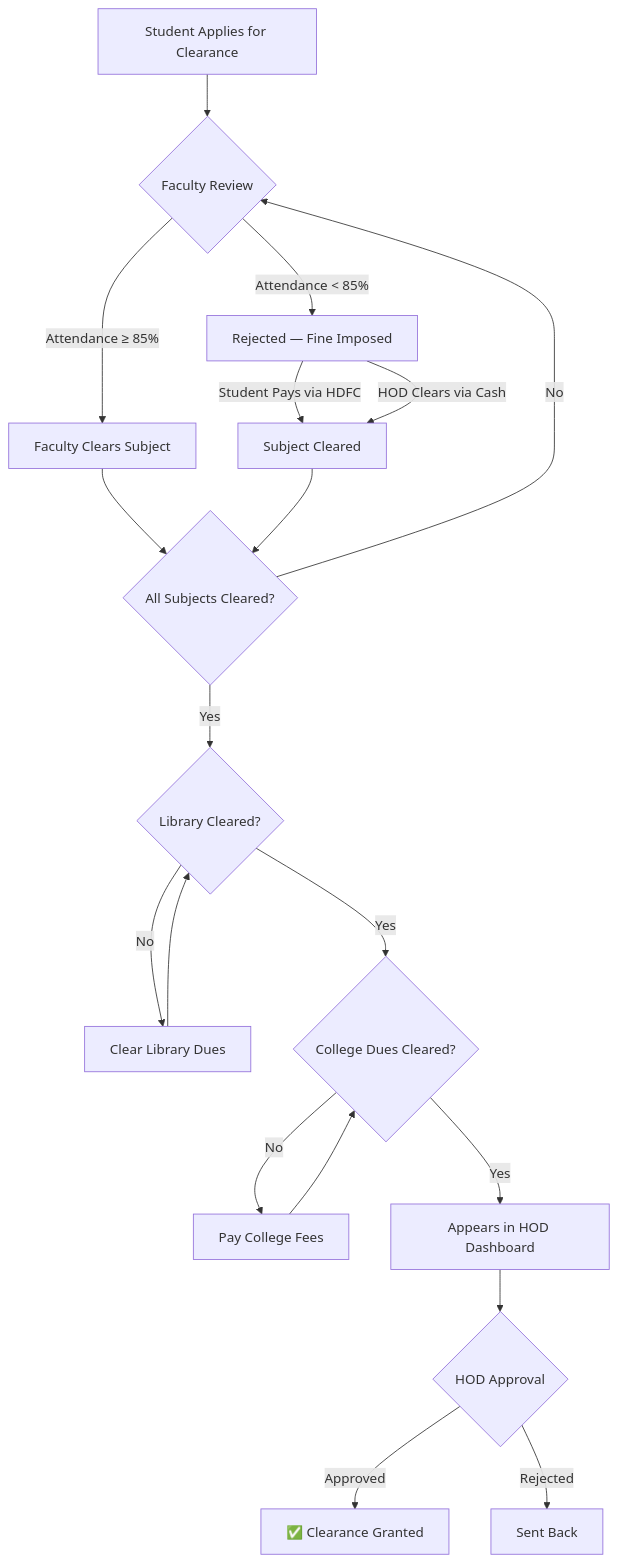
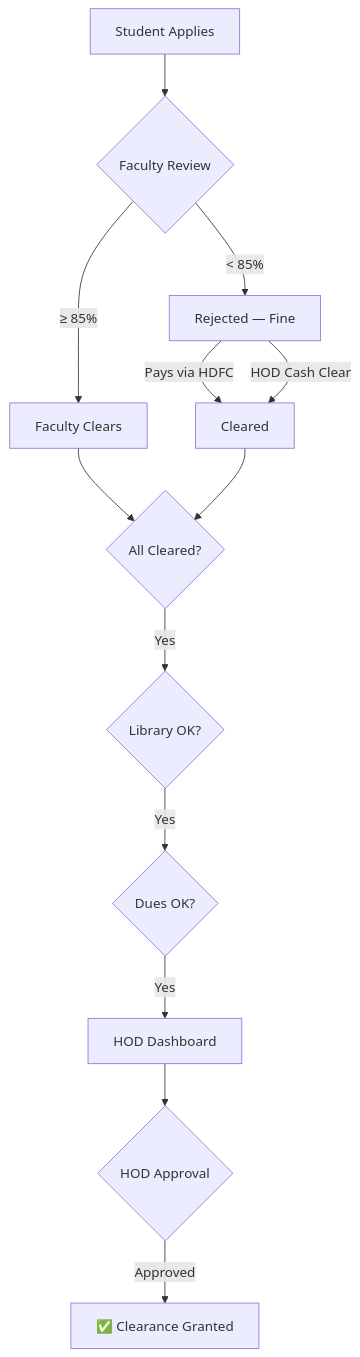
One commit to visheshdevanur/NOC-Portal changed the first of 2 diagrams in README.md. Above: the diagram before and after it, drawn with Mermaid. The commit also changed other lines of this file and 2 other files, not shown here.

Commit message:
fix: reset fine when attendance drops below all categories + dedup HOD categories

````diff
--- a/README.md
+++ b/README.md
@@ -202,21 +163,15 @@
 ```mermaid
 graph TD
-    A[Student Applies for Clearance] --> B{Faculty Review}
-    B -->|Attendance ≥ 85%| C[Faculty Clears Subject]
-    B -->|Attendance < 85%| D[Rejected — Fine Imposed]
-    D -->|Student Pays via HDFC| E[Subject Cleared]
-    D -->|HOD Clears via Cash| E
-    C --> F{All Subjects Cleared?}
+    A[Student Applies] --> B{Faculty Review}
+    B -->|≥ 85%| C[Faculty Clears]
+    B -->|< 85%| D[Rejected — Fine]
+    D -->|Pays via HDFC| E[Cleared]
+    D -->|HOD Cash Clear| E
+    C --> F{All Cleared?}
     E --> F
-    F -->|No| B
-    F -->|Yes| G{Library Cleared?}
-    G -->|No| H[Clear Library Dues]
-    H --> G
-    G -->|Yes| I{College Dues Cleared?}
-    I -->|No| J[Pay College Fees]
-    J --> I
-    I -->|Yes| K[Appears in HOD Dashboard]
-    K --> L{HOD Approval}
-    L -->|Approved| M[✅ Clearance Granted]
-    L -->|Rejected| N[Sent Back]
+    F -->|Yes| G{Library OK?}
+    G -->|Yes| H{Dues OK?}
+    H -->|Yes| I[HOD Dashboard]
+    I --> J{HOD Approval}
+    J -->|Approved| K[✅ Clearance Granted]
 ```
````
